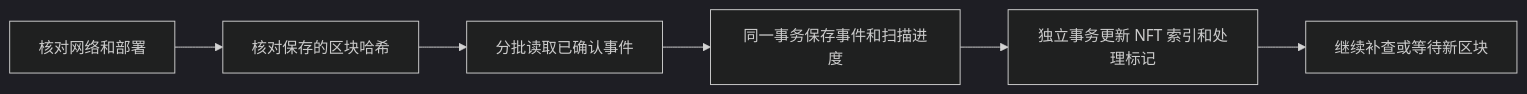
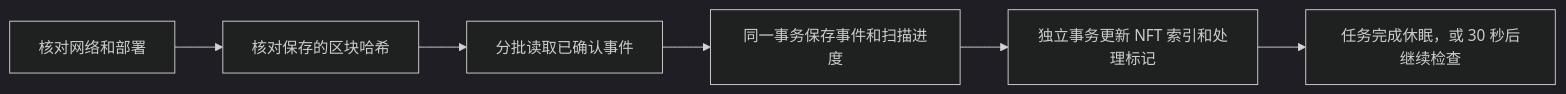
The diagram in chain/链上监听与恢复.md (ssy1245/DApp-ForgeOfFate), drawn with Mermaid (dark theme) before and after one commit. The commit also changed other lines of this file and 24 other files, not shown here.

````diff
--- a/chain/链上监听与恢复.md
+++ b/chain/链上监听与恢复.md
@@ -42,8 +42,8 @@
 ```mermaid
 flowchart LR
     A[核对网络和部署] --> B[核对保存的区块哈希]
     B --> C[分批读取已确认事件]
     C --> D[同一事务保存事件和扫描进度]
     D --> E[独立事务更新 NFT 索引和处理标记]
-    E --> F[继续补查或等待新区块]
+    E --> F[任务完成休眠，或 30 秒后继续检查]
 ```
````
